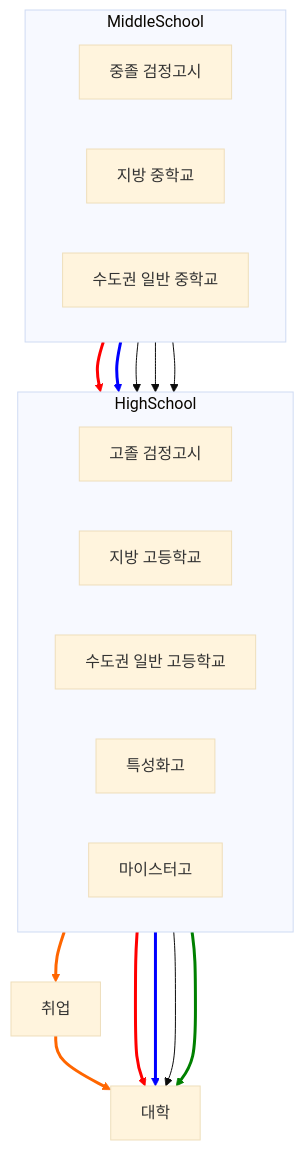
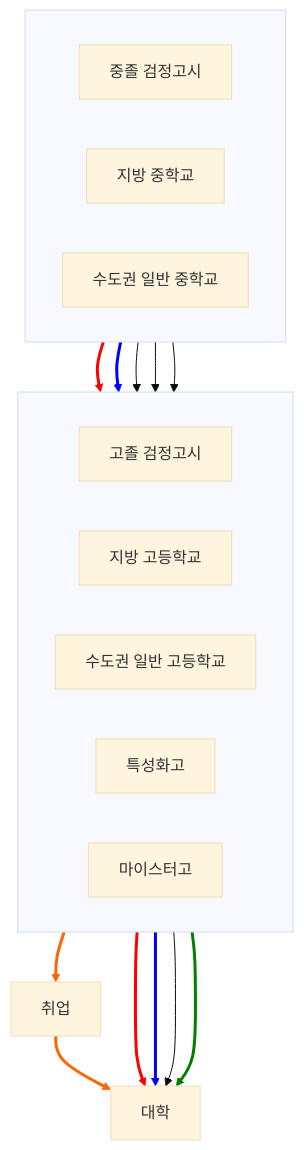
One commit to Doyouwanttoliveforever/Doyouwanttoliveforever.github.io changed the diagram in _posts/2026-02-22-path guide for young students.md. Above: the diagram before and after it, drawn with Mermaid (base theme). The commit also changed other lines of this file, not shown here.

````diff
--- a/_posts/2026-02-22-path guide for young students.md
+++ b/_posts/2026-02-22-path guide for young students.md
@@ -14,38 +14,38 @@
 ```mermaid
 flowchart TD
 
     %% 중학교 레벨
-    subgraph MiddleSchool 
+    subgraph MiddleSchool [" "]
         direction LR
         A[중졸 검정고시]
         D[지방 중학교]
         F[수도권 일반 중학교]
     end
 
     %% 고등학교 레벨
-    subgraph HighSchool 
+    subgraph HighSchool [" "]
         direction LR
         B[고졸 검정고시]
         E[지방 고등학교]
         G[수도권 일반 고등학교]
         H[특성화고]
         I[마이스터고]
     end
 
     %% 이후 단계
     C[대학]
     J[취업]
 
     %% 연결 관계
     A --> B --> C
     D --> E --> C
     F --> G --> C
     F --> H --> C
     F --> I --> J --> C
 
     %% 화살표 색 변경
     linkStyle 0,1 stroke:red,stroke-width:3px
     linkStyle 2,3 stroke:blue,stroke-width:3px
     linkStyle 7 stroke:green,stroke-width:3px
     linkStyle 9,10 stroke:#ff6600,stroke-width:3px
 ```
````
